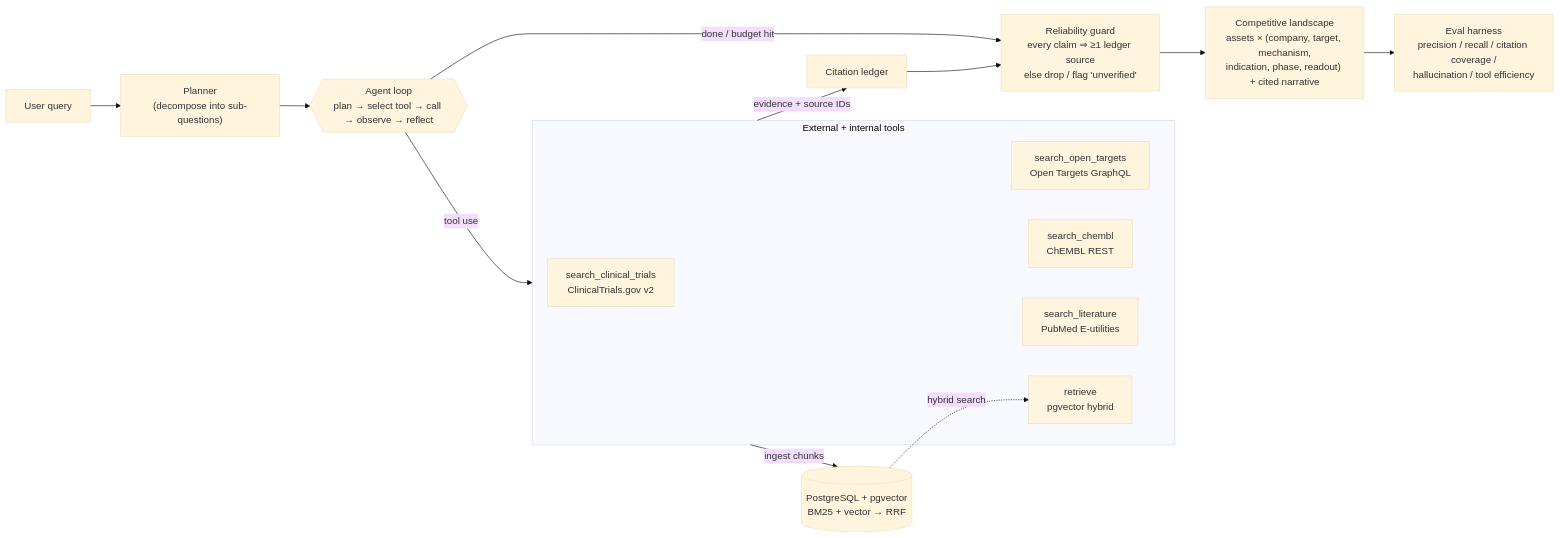
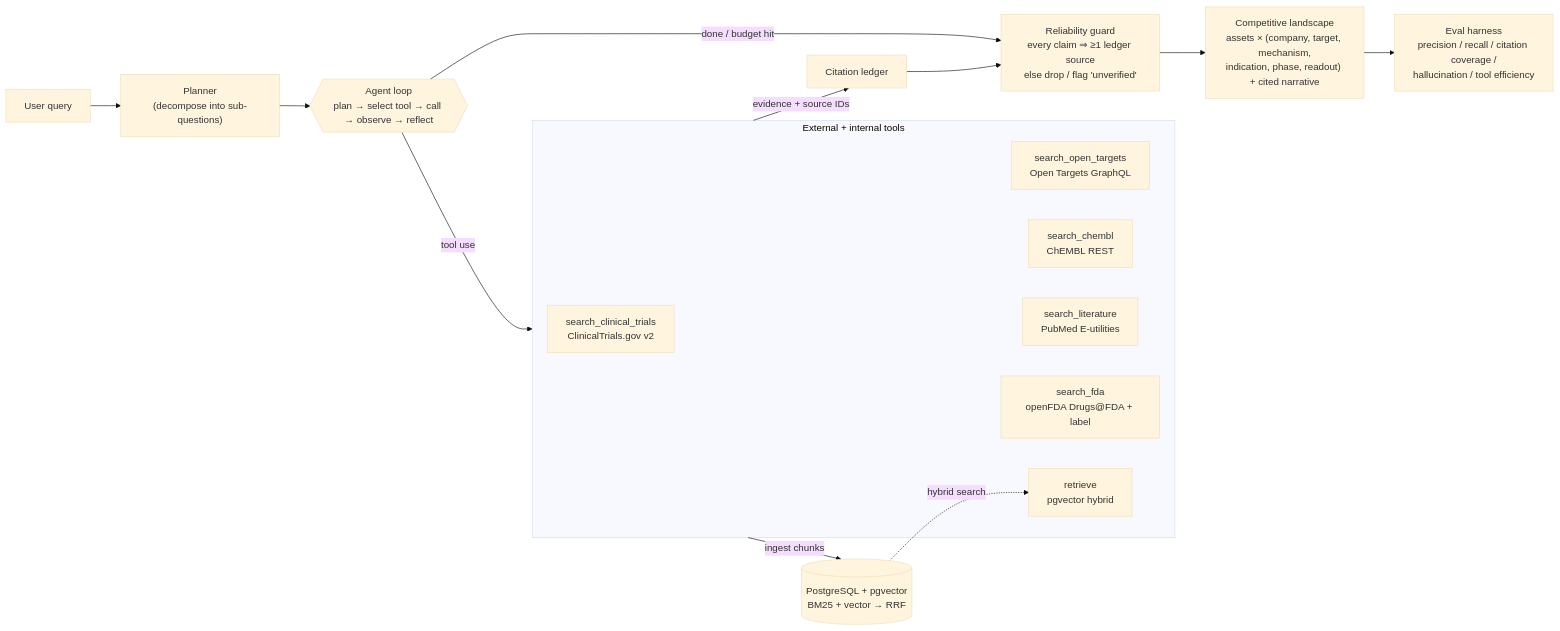
Before and after one commit to xX-its-amit-Xx/AssetScope: the diagram in README.md, drawn with Mermaid (base theme). The commit also changed other lines of this file and 39 other files, not shown here.

````diff
--- a/README.md
+++ b/README.md
@@ -38,23 +38,24 @@
 ```mermaid
 flowchart LR
     Q["User query"] --> P["Planner<br/>(decompose into sub-questions)"]
     P --> L{{"Agent loop<br/>plan → select tool → call → observe → reflect"}}
 
     L -->|tool use| T["Tools"]
     subgraph T["External + internal tools"]
       CT["search_clinical_trials<br/>ClinicalTrials.gov v2"]
       OT["search_open_targets<br/>Open Targets GraphQL"]
       CH["search_chembl<br/>ChEMBL REST"]
       LIT["search_literature<br/>PubMed E-utilities"]
+      FDA["search_fda<br/>openFDA Drugs@FDA + label"]
       RET["retrieve<br/>pgvector hybrid"]
     end
 
     T -->|evidence + source IDs| LED["Citation ledger"]
     T -->|ingest chunks| VS[("PostgreSQL + pgvector<br/>BM25 + vector → RRF")]
     VS -.->|hybrid search| RET
     L -->|done / budget hit| G["Reliability guard<br/>every claim ⇒ ≥1 ledger source<br/>else drop / flag 'unverified'"]
     LED --> G
     G --> A["Competitive landscape<br/>assets × (company, target, mechanism,<br/>indication, phase, readout) + cited narrative"]
 
     A --> EV["Eval harness<br/>precision / recall / citation coverage /<br/>hallucination / tool efficiency"]
 ```
````
